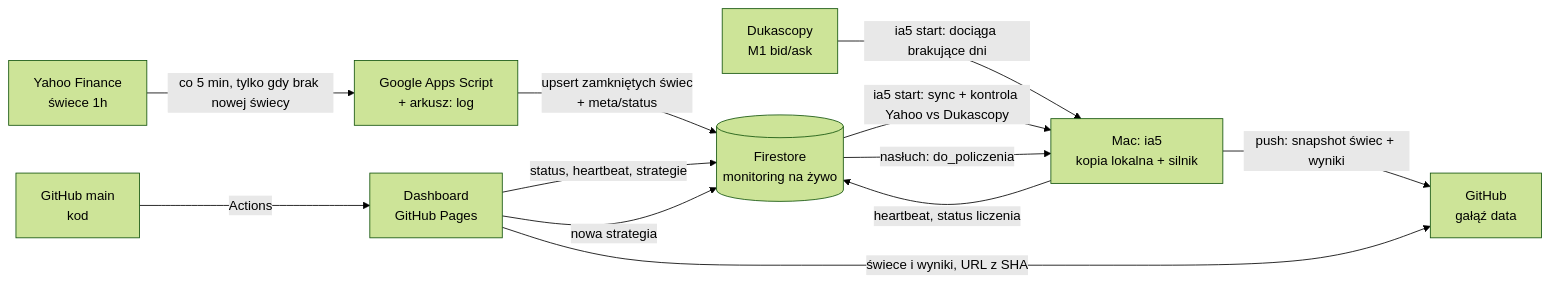
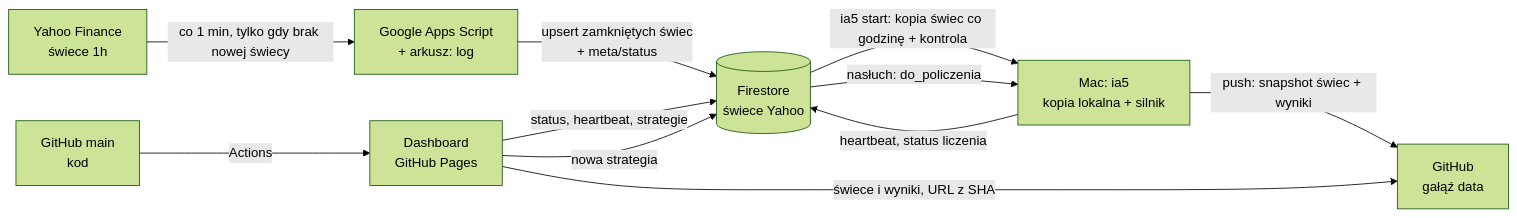
The diagram in CLAUDE.md (miszyszka/IA5), drawn with Mermaid (forest theme) before and after one commit. The commit also changed other lines of this file and 44 other files, not shown here.

First line of the commit message:
D-039: jedno źródło danych — świece H1 Yahoo; usunięte Dukascopy, ia5 fetch i ia5 sync; jeden ia5 start (weryfikacja danych + nasłuch); czyszczenie Yahoo sprawdzone na prawdziwych świecach (ENGINE 0.8.0); CLAUDE.md 0.22

````diff
--- a/CLAUDE.md
+++ b/CLAUDE.md
@@ -102,14 +100,13 @@
 ```mermaid
 flowchart LR
-  Y[Yahoo Finance<br/>świece 1h] -->|co 5 min, tylko gdy brak nowej świecy| GAS[Google Apps Script<br/>+ arkusz: log]
-  GAS -->|upsert zamkniętych świec<br/>+ meta/status| FS[(Firestore<br/>monitoring na żywo)]
-  D[Dukascopy<br/>M1 bid/ask] -->|ia5 start: dociąga brakujące dni| MAC
-  FS -->|ia5 start: sync + kontrola Yahoo vs Dukascopy| MAC[Mac: ia5<br/>kopia lokalna + silnik]
+  Y[Yahoo Finance<br/>świece 1h] -->|co 1 min, tylko gdy brak nowej świecy| GAS[Google Apps Script<br/>+ arkusz: log]
+  GAS -->|upsert zamkniętych świec<br/>+ meta/status| FS[(Firestore<br/>świece Yahoo)]
+  FS -->|ia5 start: kopia świec co godzinę + kontrola| MAC[Mac: ia5<br/>kopia lokalna + silnik]
   MAC -->|heartbeat, status liczenia| FS
   FS -->|nasłuch: do_policzenia| MAC
   MAC -->|push: snapshot świec + wyniki| GHD[GitHub<br/>gałąź data]
   GHM[GitHub main<br/>kod] -->|Actions| PAGES[Dashboard<br/>GitHub Pages]
   PAGES -->|status, heartbeat, strategie| FS
   PAGES -->|nowa strategia| FS
   PAGES -->|świece i wyniki, URL z SHA| GHD
 ```
````
